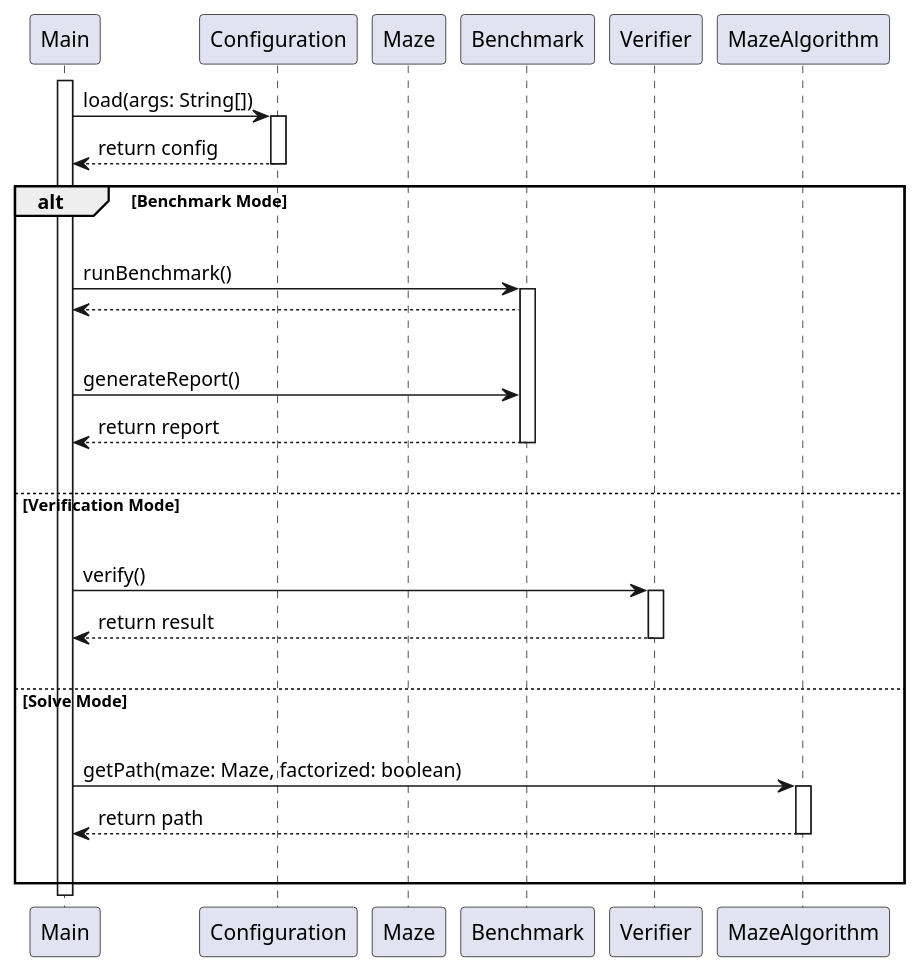
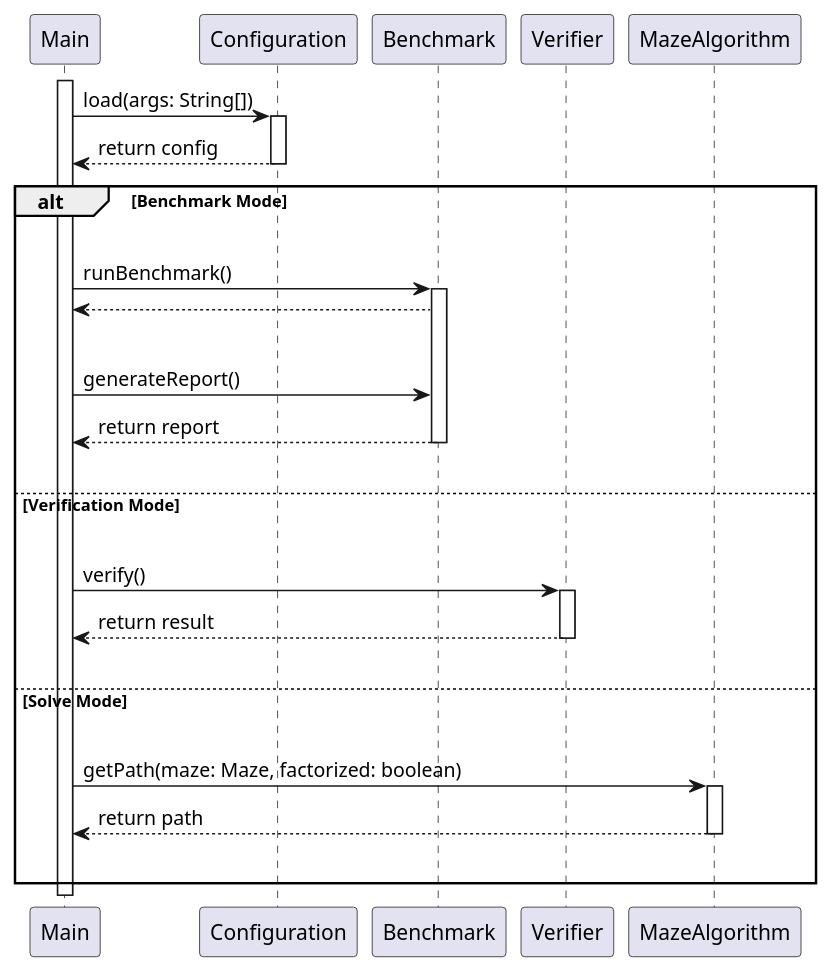
Before and after one commit to BilalM04/maze-runner-take-two: the diagram in UMLDiagrams/SequenceDiagram.plantuml, drawn with PlantUML. The commit also changed 1 other file, not shown here.

Commit message:
created class and sequence diagram close #12, close #13

```diff
--- a/UMLDiagrams/SequenceDiagram.plantuml
+++ b/UMLDiagrams/SequenceDiagram.plantuml
@@ -1,34 +1,34 @@
 @startuml Sequence
 
     participant Main
     participant Configuration
-    participant Maze
+    ' participant Maze
     participant Benchmark
     participant Verifier
     participant MazeAlgorithm
 
     Main ++
     Main -> Configuration ++: load(args: String[])
     Main <-- Configuration --: return config
 
     alt Benchmark Mode
     |||
     Main -> Benchmark ++: runBenchmark()
     Main <-- Benchmark
     |||
     Main -> Benchmark: generateReport()
     Main <-- Benchmark --: return report
     |||
     else Verification Mode
     |||
     Main -> Verifier ++: verify()
     Main <-- Verifier --: return result
     |||
     else Solve Mode
     |||
     Main -> MazeAlgorithm ++: getPath(maze: Maze, factorized: boolean)
     Main <-- MazeAlgorithm --: return path
     |||
     end
 
 @enduml
```
